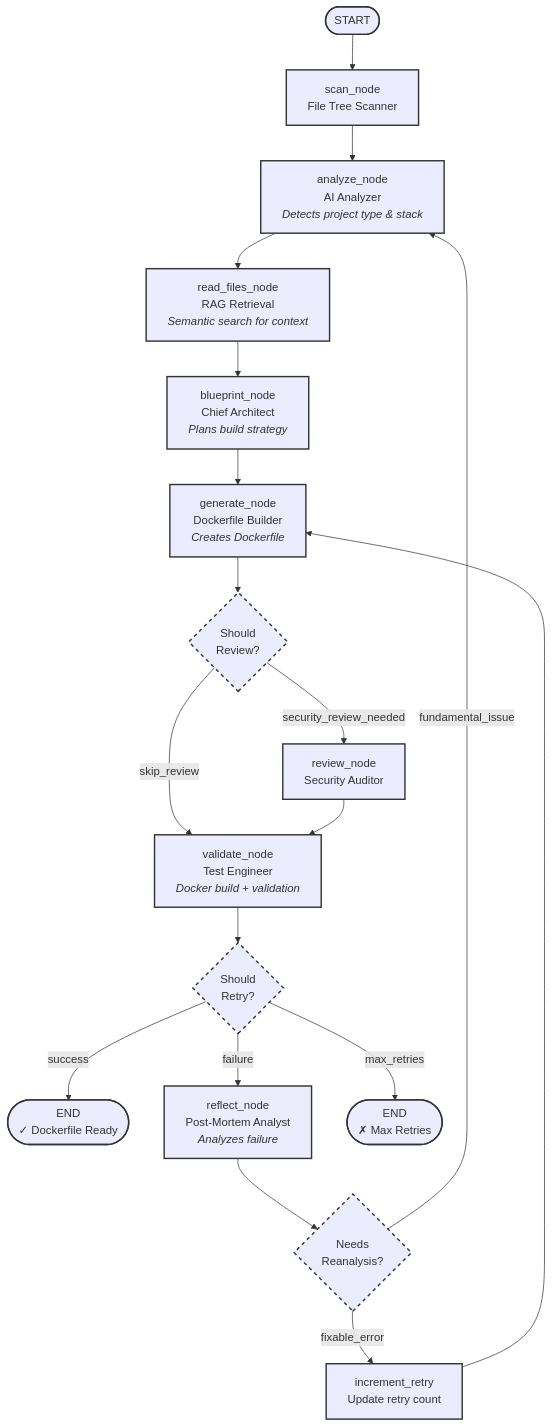
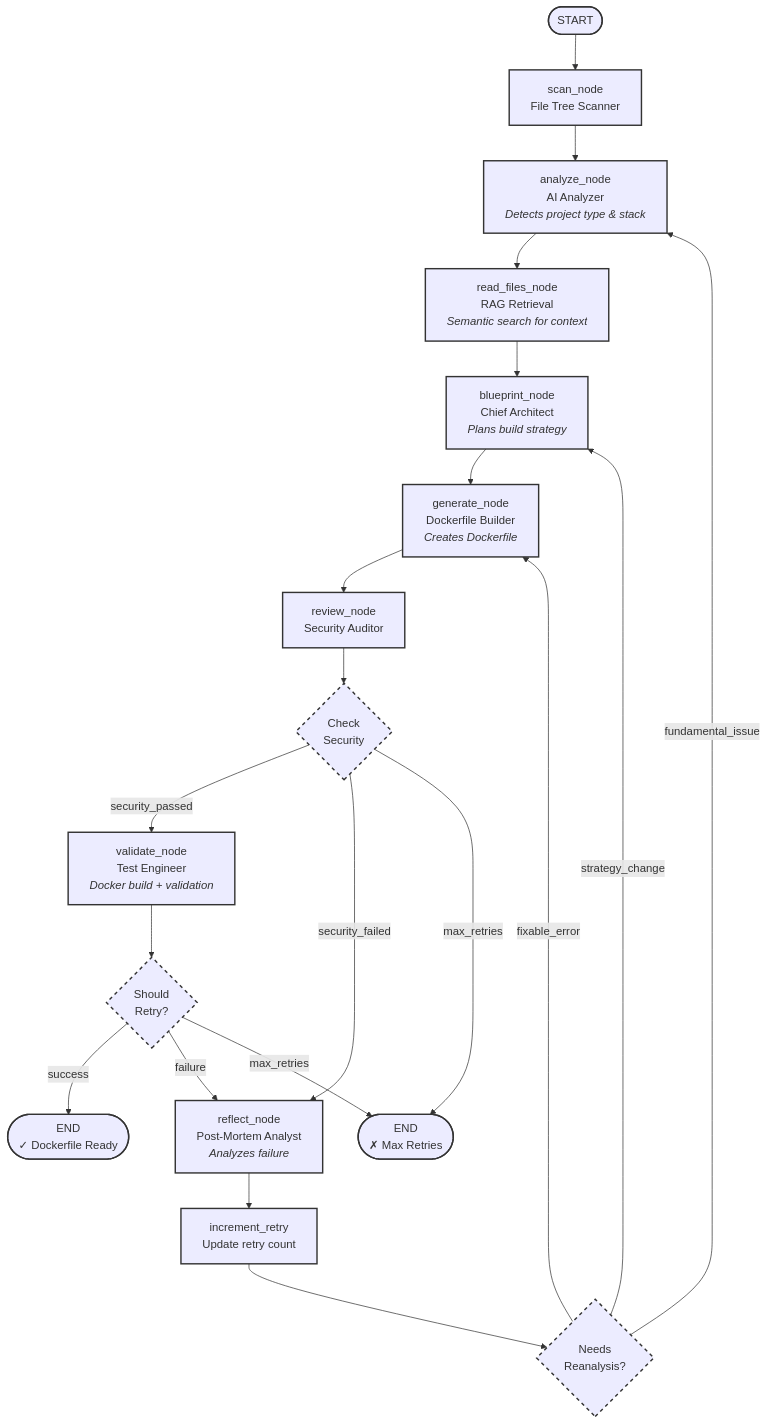
Before and after one commit to actions-marketplace-validations/itzzjb_dockai: the second of 2 diagrams in docs/architecture.md, drawn with Mermaid. The commit also changed 1 other file, not shown here.

Commit message:
docs: update system flowcharts to detail retry mechanisms, reanalysis paths, and node descriptions.

````diff
--- a/docs/architecture.md
+++ b/docs/architecture.md
@@ -97,41 +97,42 @@
 ```mermaid
 flowchart TD
     Start([START]) --> Scan[scan_node<br/>File Tree Scanner]
     Scan --> Analyze[analyze_node<br/>AI Analyzer<br/><i>Detects project type & stack</i>]
     Analyze --> ReadFiles[read_files_node<br/>RAG Retrieval<br/><i>Semantic search for context</i>]
     ReadFiles --> Blueprint[blueprint_node<br/>Chief Architect<br/><i>Plans build strategy</i>]
     Blueprint --> Generate[generate_node<br/>Dockerfile Builder<br/><i>Creates Dockerfile</i>]
     
-    Generate --> ShouldReview{Should<br/>Review?}
-    ShouldReview -->|security_review_needed| Review[review_node<br/>Security Auditor]
-    ShouldReview -->|skip_review| Validate
+    Generate --> Review[review_node<br/>Security Auditor]
     
-    Review --> Validate[validate_node<br/>Test Engineer<br/><i>Docker build + validation</i>]
+    Review --> CheckSecurity{Check<br/>Security}
+    CheckSecurity -->|security_passed| Validate
+    CheckSecurity -->|security_failed| Reflect
+    CheckSecurity -->|max_retries| Stop([END<br/>✗ Max Retries])
     
-    Validate --> ShouldRetry{Should<br/>Retry?}
+    Validate[validate_node<br/>Test Engineer<br/><i>Docker build + validation</i>] --> ShouldRetry{Should<br/>Retry?}
     ShouldRetry -->|success| End([END<br/>✓ Dockerfile Ready])
     ShouldRetry -->|failure| Reflect[reflect_node<br/>Post-Mortem Analyst<br/><i>Analyzes failure</i>]
-    ShouldRetry -->|max_retries| Stop([END<br/>✗ Max Retries])
+    ShouldRetry -->|max_retries| Stop
     
-    Reflect --> NeedsReanalysis{Needs<br/>Reanalysis?}
+    Reflect --> Increment[increment_retry<br/>Update retry count]
+    Increment --> NeedsReanalysis{Needs<br/>Reanalysis?}
     NeedsReanalysis -->|fundamental_issue| Analyze
-    NeedsReanalysis -->|fixable_error| Increment[increment_retry<br/>Update retry count]
-    
-    Increment --> Generate
+    NeedsReanalysis -->|strategy_change| Blueprint
+    NeedsReanalysis -->|fixable_error| Generate
     
     style Start stroke:#333,stroke-width:2px
     style End stroke:#333,stroke-width:2px
     style Stop stroke:#333,stroke-width:2px
     style Scan stroke:#333,stroke-width:2px
     style Analyze stroke:#333,stroke-width:2px
     style ReadFiles stroke:#333,stroke-width:2px
     style Blueprint stroke:#333,stroke-width:2px
     style Generate stroke:#333,stroke-width:2px
     style Review stroke:#333,stroke-width:2px
     style Validate stroke:#333,stroke-width:2px
     style Reflect stroke:#333,stroke-width:2px
     style Increment stroke:#333,stroke-width:2px
-    style ShouldReview stroke:#333,stroke-width:2px,stroke-dasharray:5 5
+    style CheckSecurity stroke:#333,stroke-width:2px,stroke-dasharray:5 5
     style ShouldRetry stroke:#333,stroke-width:2px,stroke-dasharray:5 5
     style NeedsReanalysis stroke:#333,stroke-width:2px,stroke-dasharray:5 5
 ```
````
